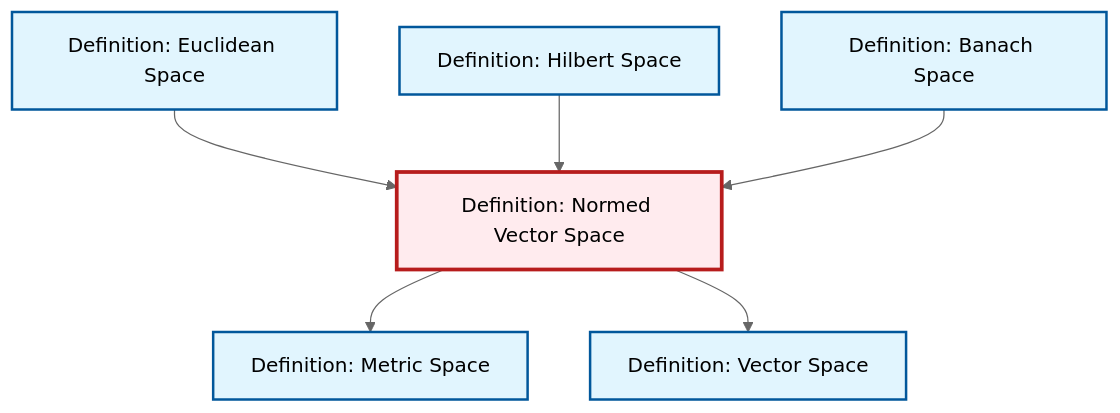
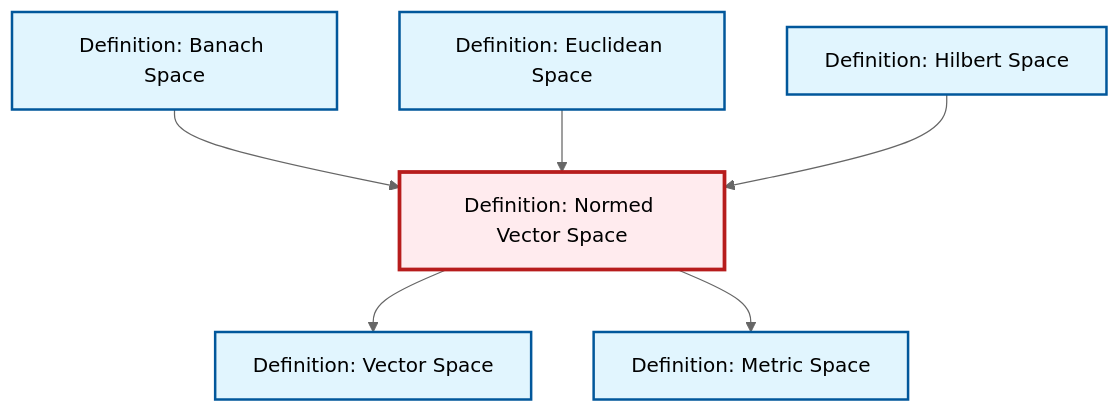
One commit to RK0429/ModernMath changed the diagram in content/ja/analysis/def-normed-vector-space.qmd. Above: the diagram before and after it, drawn with Mermaid (neutral theme). The commit also changed other lines of this file and 619 other files, not shown here.

````diff
--- a/content/ja/analysis/def-normed-vector-space.qmd
+++ b/content/ja/analysis/def-normed-vector-space.qmd
@@ -132,26 +132,26 @@
 ```{mermaid}
 %%| fig-cap: "Local dependency graph"
 graph TD
     classDef definition fill:#e1f5fe,stroke:#01579b,stroke-width:2px
     classDef theorem fill:#f3e5f5,stroke:#4a148c,stroke-width:2px
     classDef axiom fill:#fff3e0,stroke:#e65100,stroke-width:2px
     classDef example fill:#e8f5e9,stroke:#1b5e20,stroke-width:2px
     classDef current fill:#ffebee,stroke:#b71c1c,stroke-width:3px
-    def-euclidean-space["Definition: Euclidean Space"]:::definition
-    def-vector-space["Definition: Vector Space"]:::definition
     def-metric-space["Definition: Metric Space"]:::definition
     def-banach-space["Definition: Banach Space"]:::definition
+    def-euclidean-space["Definition: Euclidean Space"]:::definition
+    def-hilbert-space["Definition: Hilbert Space"]:::definition
     def-normed-vector-space["Definition: Normed Vector Space"]:::definition
-    def-hilbert-space["Definition: Hilbert Space"]:::definition
+    def-vector-space["Definition: Vector Space"]:::definition
+    def-normed-vector-space --> def-vector-space
+    def-banach-space --> def-normed-vector-space
+    def-euclidean-space --> def-normed-vector-space
     def-normed-vector-space --> def-metric-space
-    def-normed-vector-space --> def-vector-space
-    def-euclidean-space --> def-normed-vector-space
     def-hilbert-space --> def-normed-vector-space
-    def-banach-space --> def-normed-vector-space
     class def-normed-vector-space current
-    click def-euclidean-space "def-euclidean-space.html" "Definition: Euclidean Spaceへ"
-    click def-vector-space "def-vector-space.html" "Definition: Vector Spaceへ"
     click def-metric-space "def-metric-space.html" "Definition: Metric Spaceへ"
     click def-banach-space "def-banach-space.html" "Definition: Banach Spaceへ"
+    click def-euclidean-space "def-euclidean-space.html" "Definition: Euclidean Spaceへ"
     click def-hilbert-space "def-hilbert-space.html" "Definition: Hilbert Spaceへ"
+    click def-vector-space "def-vector-space.html" "Definition: Vector Spaceへ"
 ```
````
